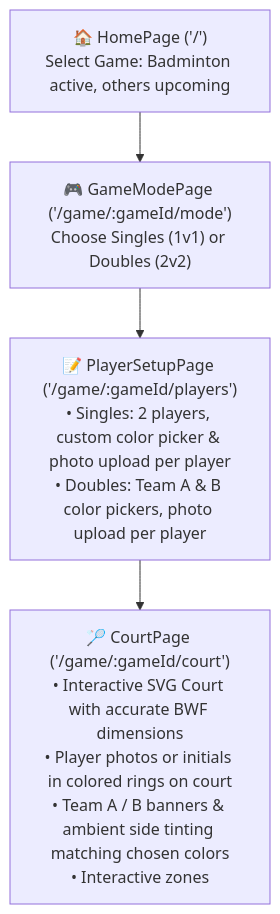
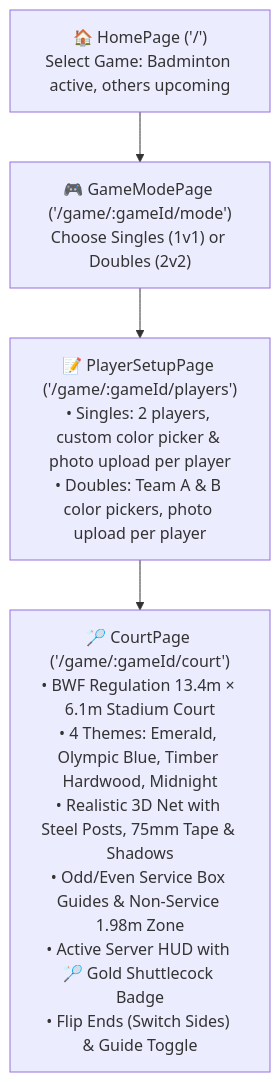
Before and after one commit to Pradeep-elangovan/Shuttle-score: the diagram in PROJECT_STATUS.md, drawn with Mermaid. The commit also changed other lines of this file and 2 other files, not shown here.

Commit message:
Upgrade court UI to tournament-grade: 4 themes, 3D net, BWF service guides, serving HUD, flip ends

````diff
--- a/PROJECT_STATUS.md
+++ b/PROJECT_STATUS.md
@@ -30,6 +30,6 @@
 ```mermaid
 flowchart TD
     A["🏠 HomePage ('/')\nSelect Game: Badminton active, others upcoming"] --> B["🎮 GameModePage ('/game/:gameId/mode')\nChoose Singles (1v1) or Doubles (2v2)"]
     B --> C["📝 PlayerSetupPage ('/game/:gameId/players')\n• Singles: 2 players, custom color picker & photo upload per player\n• Doubles: Team A & B color pickers, photo upload per player"]
-    C --> D["🏸 CourtPage ('/game/:gameId/court')\n• Interactive SVG Court with accurate BWF dimensions\n• Player photos or initials in colored rings on court\n• Team A / B banners & ambient side tinting matching chosen colors\n• Interactive zones"]
+    C --> D["🏸 CourtPage ('/game/:gameId/court')\n• BWF Regulation 13.4m × 6.1m Stadium Court\n• 4 Themes: Emerald, Olympic Blue, Timber Hardwood, Midnight\n• Realistic 3D Net with Steel Posts, 75mm Tape & Shadows\n• Odd/Even Service Box Guides & Non-Service 1.98m Zone\n• Active Server HUD with 🏸 Gold Shuttlecock Badge\n• Flip Ends (Switch Sides) & Guide Toggle"]
 ```
````
